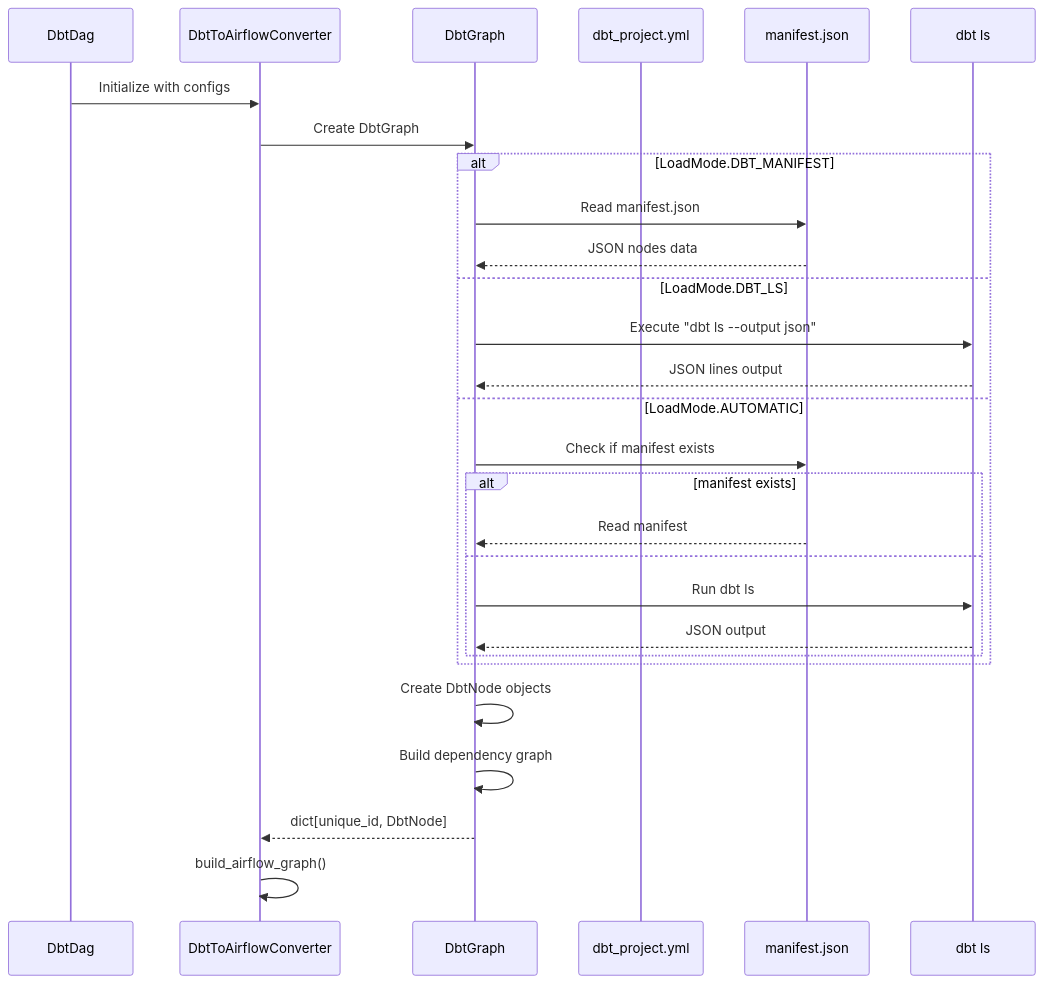
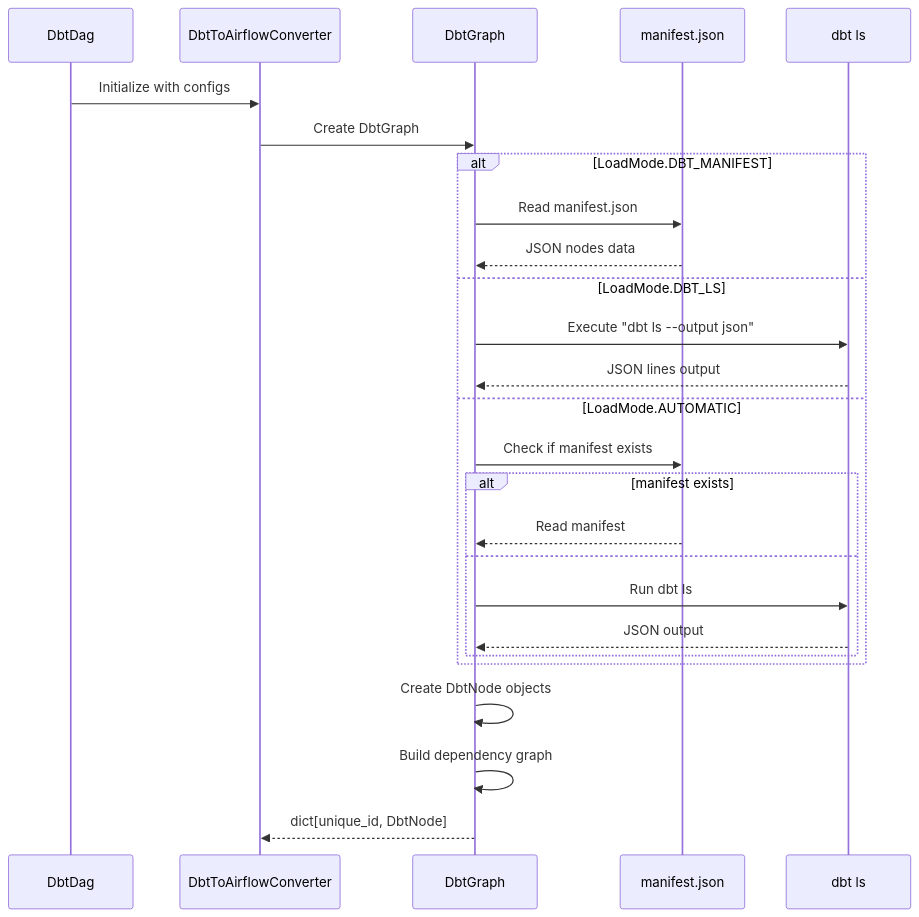
Diagram 17 of 28 in docs/ARCHITECTURE.md (josix/astronomer-cosmos), drawn with Mermaid before and after one commit. The commit also changed other lines of this file, not shown here.

First line of the commit message:
docs: Update architecture documentation with v1.12 features

````diff
--- a/docs/ARCHITECTURE.md
+++ b/docs/ARCHITECTURE.md
@@ -543,33 +730,31 @@
 ```mermaid
 sequenceDiagram
     participant DD as DbtDag
     participant CONV as DbtToAirflowConverter
     participant DG as DbtGraph
-    participant PROJ as dbt_project.yml
     participant MAN as manifest.json
     participant LS as dbt ls
 
     DD->>CONV: Initialize with configs
     CONV->>DG: Create DbtGraph
 
     alt LoadMode.DBT_MANIFEST
         DG->>MAN: Read manifest.json
         MAN-->>DG: JSON nodes data
     else LoadMode.DBT_LS
         DG->>LS: Execute "dbt ls --output json"
         LS-->>DG: JSON lines output
     else LoadMode.AUTOMATIC
         DG->>MAN: Check if manifest exists
         alt manifest exists
             MAN-->>DG: Read manifest
         else
             DG->>LS: Run dbt ls
             LS-->>DG: JSON output
         end
     end
 
     DG->>DG: Create DbtNode objects
     DG->>DG: Build dependency graph
     DG-->>CONV: dict[unique_id, DbtNode]
-    CONV->>CONV: build_airflow_graph()
 ```
````
